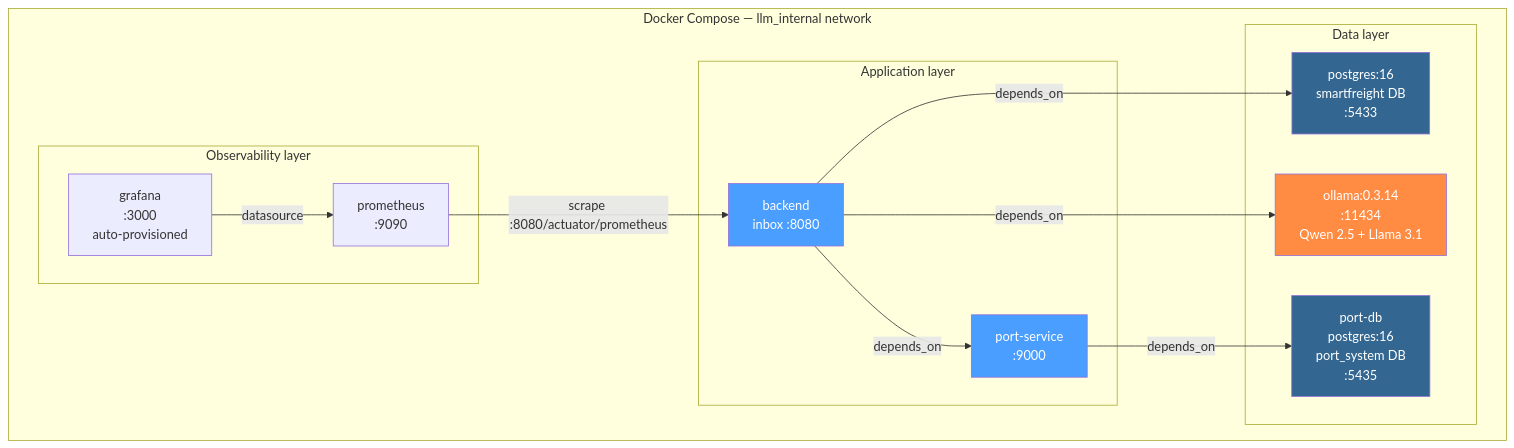
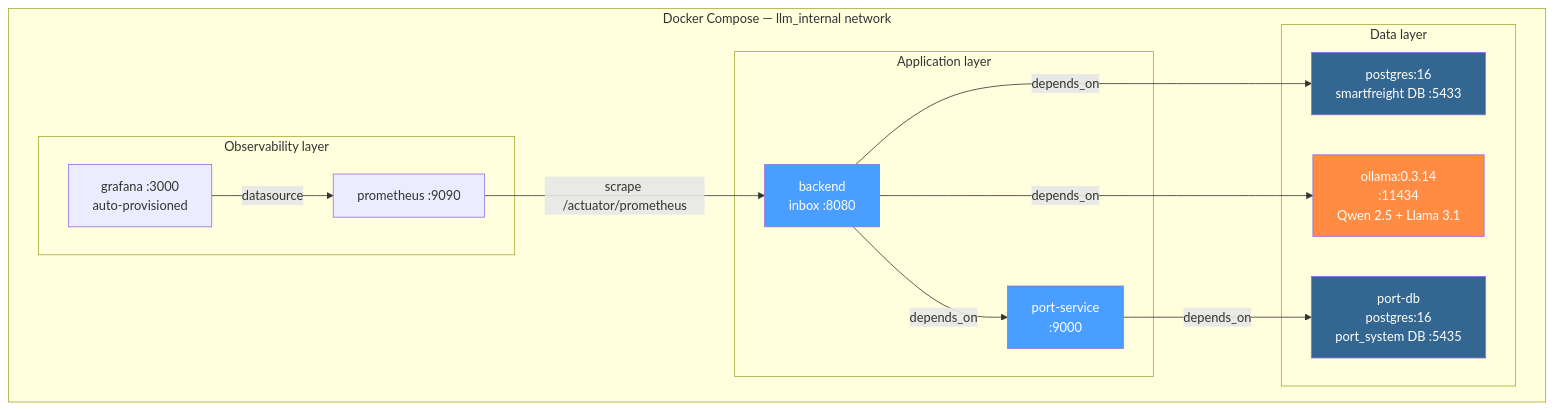
One commit to olegskel7-wq/smart-freight-inbox changed the ninth of 9 diagrams in docs/ARCHITECTURE_DIAGRAMS.md. Above: the diagram before and after it, drawn with Mermaid. The commit also changed other lines of this file, not shown here.

First line of the commit message:
fix: fix Mermaid syntax errors in ARCHITECTURE_DIAGRAMS.md

````diff
--- a/docs/ARCHITECTURE_DIAGRAMS.md
+++ b/docs/ARCHITECTURE_DIAGRAMS.md
@@ -392,33 +332,33 @@
 ```mermaid
 flowchart TB
     subgraph compose ["Docker Compose — llm_internal network"]
         subgraph app ["Application layer"]
-            BE[backend\ninbox :8080]
-            PS2[port-service\n:9000]
+            BE["backend\ninbox :8080"]
+            PS2["port-service\n:9000"]
         end
 
         subgraph data ["Data layer"]
-            PG[postgres:16\nsmartfreight DB\n:5433]
-            PDB[port-db\npostgres:16\nport_system DB\n:5435]
-            OL[ollama:0.3.14\n:11434\nQwen 2.5 + Llama 3.1]
+            PG["postgres:16\nsmartfreight DB :5433"]
+            PDB["port-db\npostgres:16\nport_system DB :5435"]
+            OL["ollama:0.3.14\n:11434\nQwen 2.5 + Llama 3.1"]
         end
 
         subgraph obs ["Observability layer"]
-            PR2[prometheus\n:9090]
-            GF2[grafana\n:3000\nauto-provisioned]
+            PR2["prometheus :9090"]
+            GF2["grafana :3000\nauto-provisioned"]
         end
     end
 
-    BE -->|depends_on| PG
-    BE -->|depends_on| PS2
-    BE -->|depends_on| OL
-    PS2 -->|depends_on| PDB
-    PR2 -->|scrape :8080/actuator/prometheus| BE
-    GF2 -->|datasource| PR2
+    BE -->|"depends_on"| PG
+    BE -->|"depends_on"| PS2
+    BE -->|"depends_on"| OL
+    PS2 -->|"depends_on"| PDB
+    PR2 -->|"scrape /actuator/prometheus"| BE
+    GF2 -->|"datasource"| PR2
 
     style BE fill:#4a9eff,color:#fff
     style PS2 fill:#4a9eff,color:#fff
     style OL fill:#ff8c42,color:#fff
     style PG fill:#336791,color:#fff
     style PDB fill:#336791,color:#fff
 ```
````
